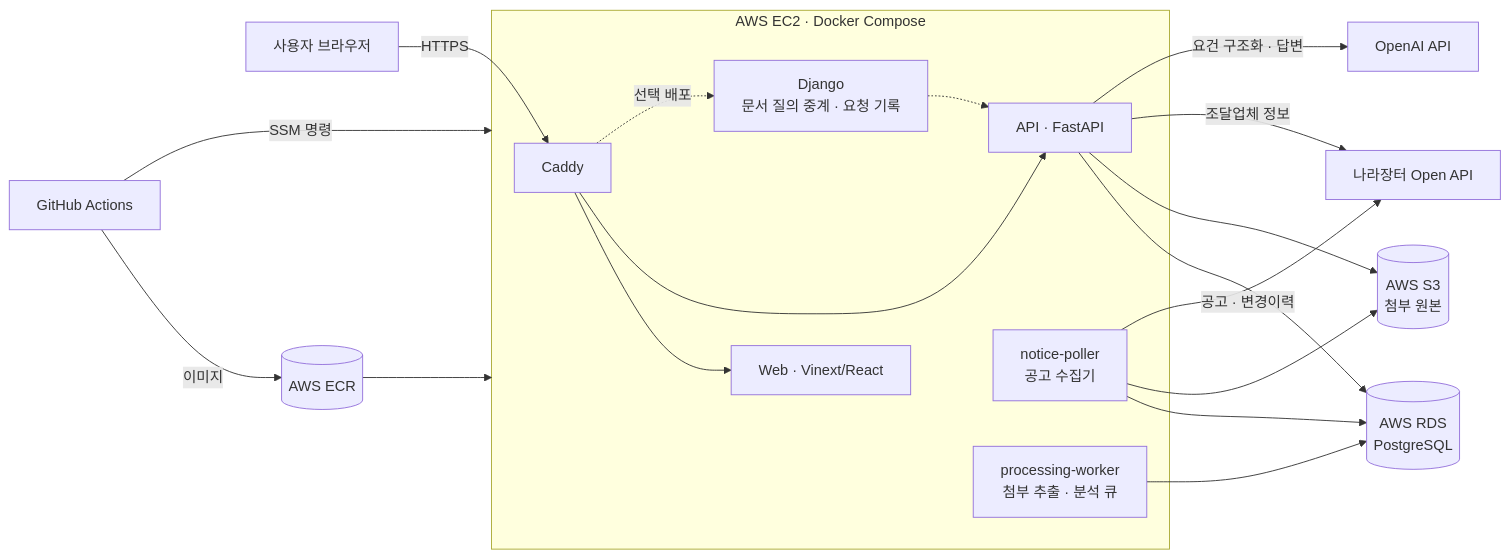
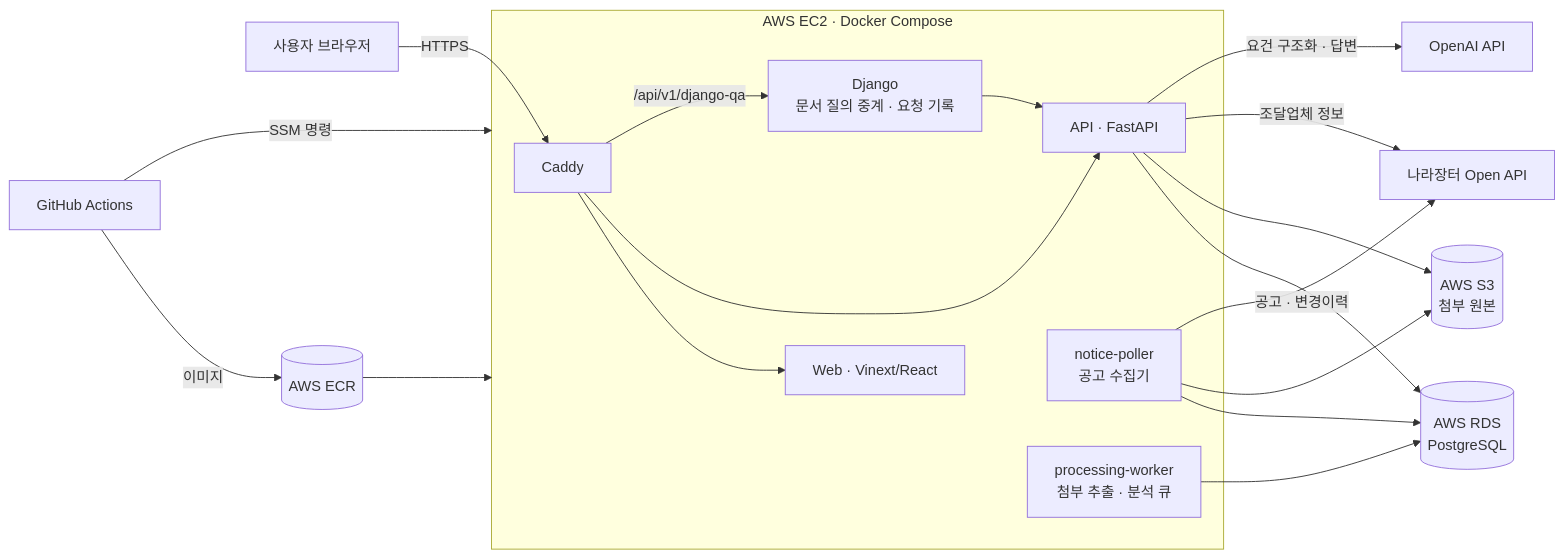
The second of 5 diagrams in README.md (SKNETWORKS-FAMILY-AICAMP/SKN34-4th-4Team), drawn with Mermaid before and after one commit. The commit also changed other lines of this file, not shown here.

Commit message:
docs: Django 는 선택 배포가 아니라 AWS 에 함께 배포된다는 것으로 바로잡음

````diff
--- a/README.md
+++ b/README.md
@@ -277,23 +277,23 @@
 ```mermaid
 flowchart LR
     U[사용자 브라우저] -->|HTTPS| C[Caddy]
     subgraph EC2["AWS EC2 · Docker Compose"]
         C --> W[Web · Vinext/React]
         C --> A[API · FastAPI]
-        C -.선택 배포.-> D[Django<br/>문서 질의 중계 · 요청 기록]
-        D -.-> A
+        C -->|/api/v1/django-qa| D[Django<br/>문서 질의 중계 · 요청 기록]
+        D --> A
         P[notice-poller<br/>공고 수집기]
         K[processing-worker<br/>첨부 추출 · 분석 큐]
     end
     A --> DB[(AWS RDS<br/>PostgreSQL)]
     P --> DB
     K --> DB
     A --> S3[(AWS S3<br/>첨부 원본)]
     P --> S3
     P -->|공고 · 변경이력| G2B[나라장터 Open API]
     A -->|조달업체 정보| G2B
     A -->|요건 구조화 · 답변| OAI[OpenAI API]
     GH[GitHub Actions] -->|이미지| ECR[(AWS ECR)]
     GH -->|SSM 명령| EC2
     ECR --> EC2
 ```
````
